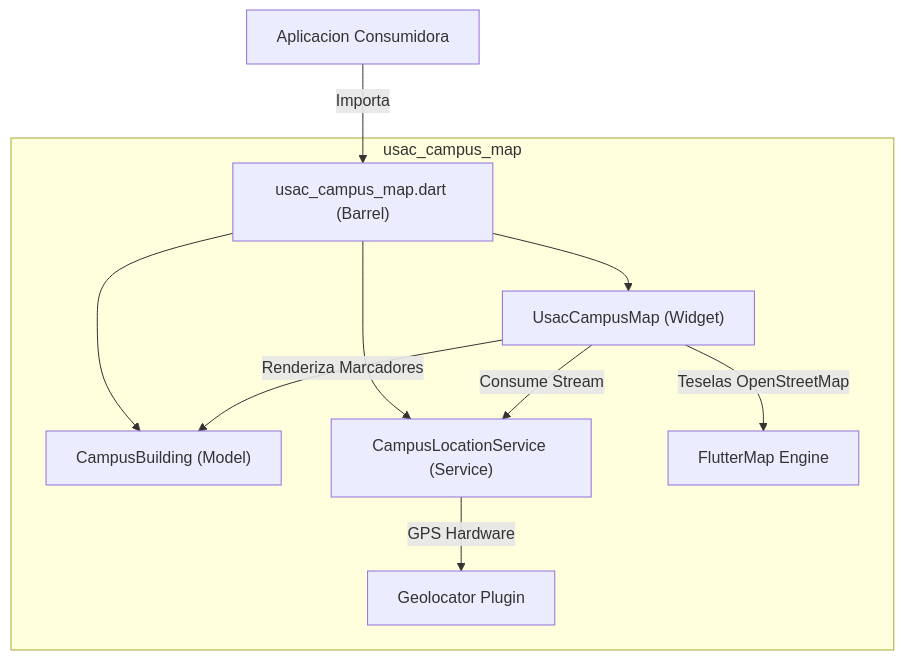
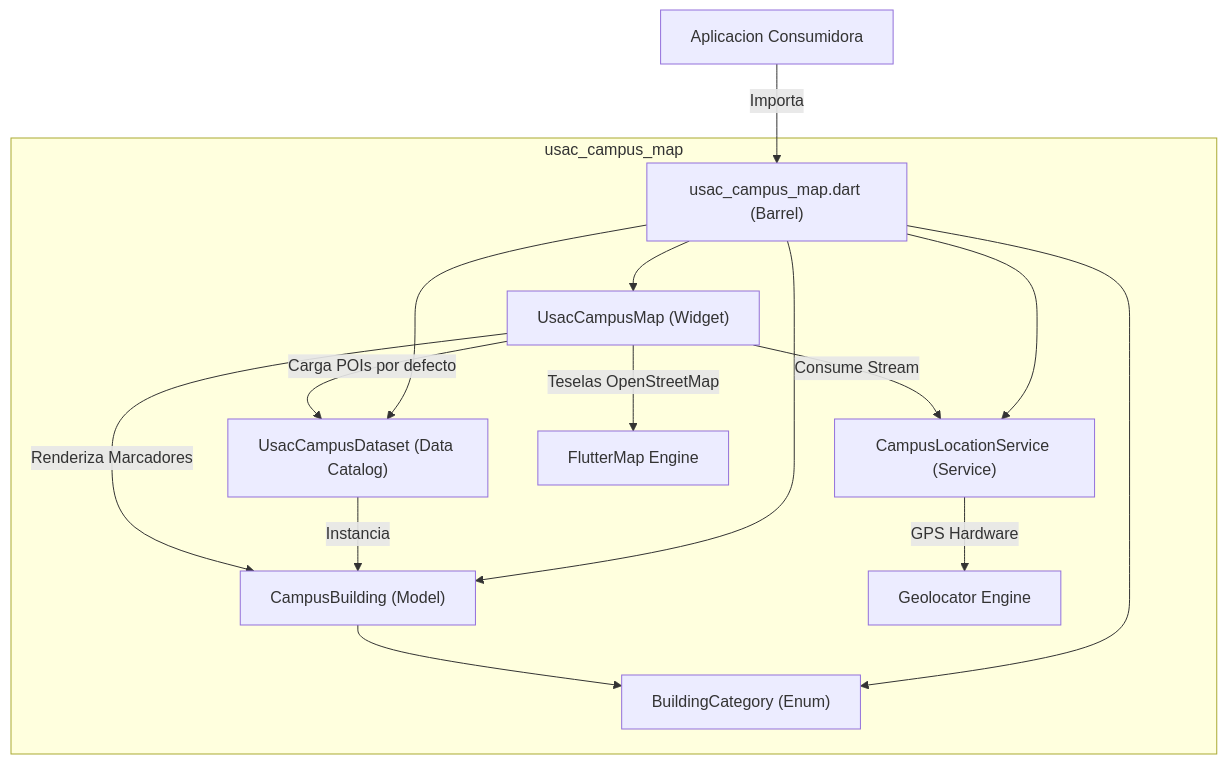
The first of 2 diagrams in README.md (Trebol4Devop/usac_campus_map), drawn with Mermaid before and after one commit. The commit also changed other lines of this file and 6 other files, not shown here.

Commit message:
feat(dataset): implement comprehensive usac campus pois catalog and categories

````diff
--- a/README.md
+++ b/README.md
@@ -18,15 +27,20 @@
 ```mermaid
 graph TD
     ClientApp["Aplicacion Consumidora"] -->|Importa| Barrel["usac_campus_map.dart (Barrel)"]
     
     subgraph usac_campus_map
         Barrel --> UsacMapWidget["UsacCampusMap (Widget)"]
         Barrel --> BuildingModel["CampusBuilding (Model)"]
+        Barrel --> CategoryEnum["BuildingCategory (Enum)"]
+        Barrel --> Dataset["UsacCampusDataset (Data Catalog)"]
         Barrel --> LocationSvc["CampusLocationService (Service)"]
         
         UsacMapWidget -->|Consume Stream| LocationSvc
+        UsacMapWidget -->|Carga POIs por defecto| Dataset
+        Dataset -->|Instancia| BuildingModel
+        BuildingModel --> CategoryEnum
         UsacMapWidget -->|Renderiza Marcadores| BuildingModel
-        LocationSvc -->|GPS Hardware| GeolocatorPlatform["Geolocator Plugin"]
+        LocationSvc -->|GPS Hardware| GeolocatorPlugin["Geolocator Engine"]
         UsacMapWidget -->|Teselas OpenStreetMap| FlutterMapEngine["FlutterMap Engine"]
     end
 ```
````
